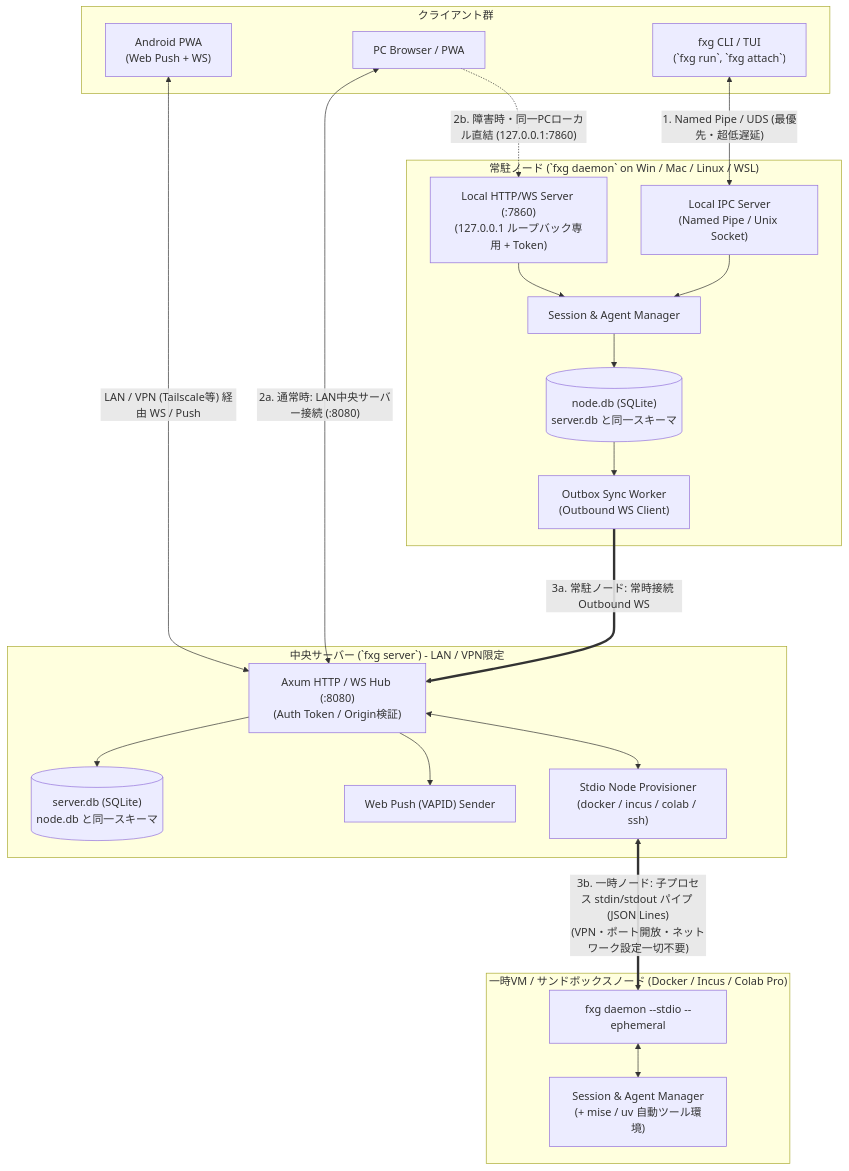
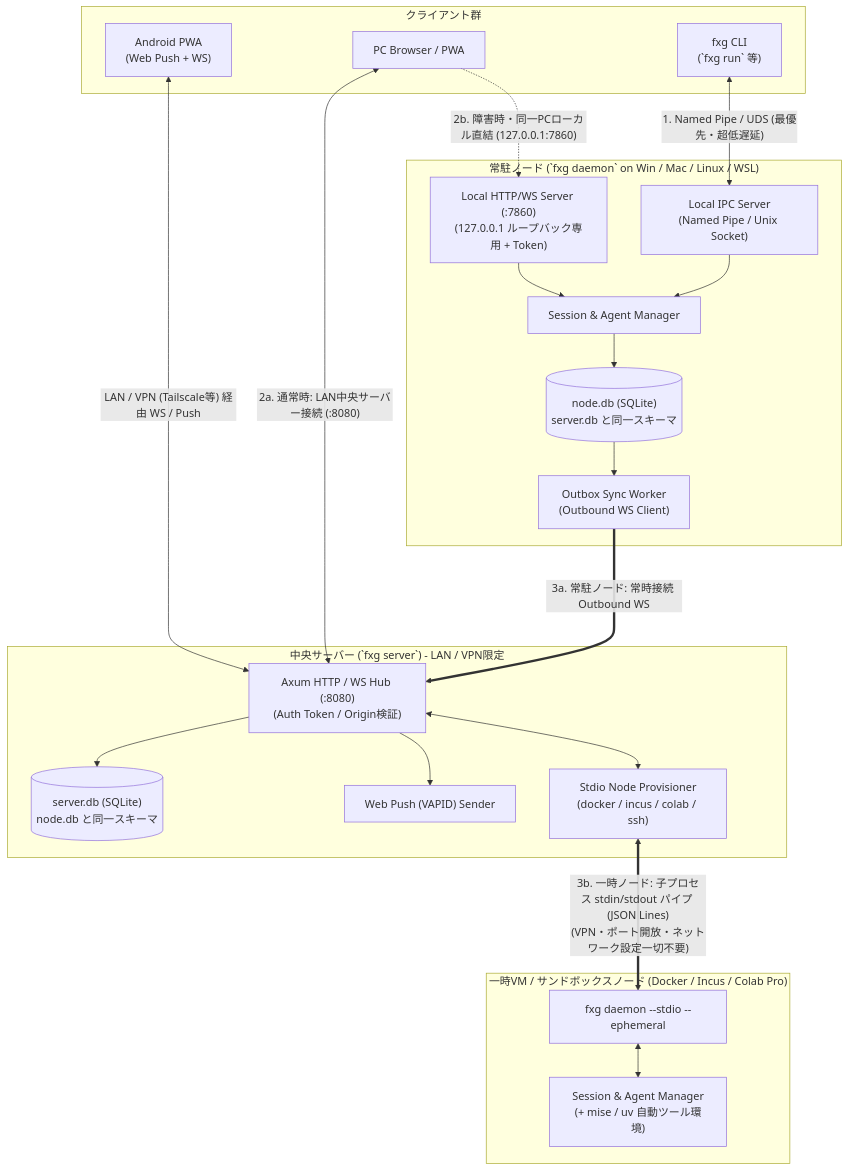
Before and after one commit to nazo6/flexagent: the first of 3 diagrams in docs/01-architecture-and-sync.md, drawn with Mermaid. The commit also changed other lines of this file and 5 other files, not shown here.

````diff
--- a/docs/01-architecture-and-sync.md
+++ b/docs/01-architecture-and-sync.md
@@ -10,44 +10,44 @@
 ```mermaid
 flowchart TB
     subgraph Clients["クライアント群"]
         AndroidPWA["Android PWA<br/>(Web Push + WS)"]
         Browser["PC Browser / PWA"]
-        CLI["fxg CLI / TUI<br/>(`fxg run`, `fxg attach`)"]
+        CLI["fxg CLI<br/>(`fxg run` 等)"]
     end
 
     subgraph Central["中央サーバー (`fxg server`) - LAN / VPN限定"]
         Hub["Axum HTTP / WS Hub (:8080)<br/>(Auth Token / Origin検証)"]
         Prov["Stdio Node Provisioner<br/>(docker / incus / colab / ssh)"]
         Push["Web Push (VAPID) Sender"]
         ServerDB[("server.db (SQLite)<br/>node.db と同一スキーマ")]
         Hub --> ServerDB
         Hub --> Push
         Hub <--> Prov
     end
 
     subgraph Node["常駐ノード (`fxg daemon` on Win / Mac / Linux / WSL)"]
         LocalAPI["Local HTTP/WS Server (:7860)<br/>(127.0.0.1 ループバック専用 + Token)"]
         LocalIPC["Local IPC Server<br/>(Named Pipe / Unix Socket)"]
         SyncWorker["Outbox Sync Worker<br/>(Outbound WS Client)"]
         SessionMgr["Session & Agent Manager"]
         NodeDB[("node.db (SQLite)<br/>server.db と同一スキーマ")]
 
         LocalIPC --> SessionMgr
         LocalAPI --> SessionMgr
         SessionMgr --> NodeDB
         NodeDB --> SyncWorker
     end
 
     subgraph EphemeralNode["一時VM / サンドボックスノード (Docker / Incus / Colab Pro)"]
         EphDaemon["fxg daemon --stdio --ephemeral"]
         EphAgent["Session & Agent Manager<br/>(+ mise / uv 自動ツール環境)"]
         EphDaemon <--> EphAgent
     end
 
     CLI <-->|"1. Named Pipe / UDS (最優先・超低遅延)"| LocalIPC
     Browser <-->|"2a. 通常時: LAN中央サーバー接続 (:8080)"| Hub
     Browser -.->|"2b. 障害時・同一PCローカル直結 (127.0.0.1:7860)"| LocalAPI
     AndroidPWA <-->|"LAN / VPN (Tailscale等) 経由 WS / Push"| Hub
     SyncWorker ===>|"3a. 常駐ノード: 常時接続 Outbound WS"| Hub
     Prov <==>|"3b. 一時ノード: 子プロセス stdin/stdout パイプ (JSON Lines)<br/>(VPN・ポート開放・ネットワーク設定一切不要)"| EphDaemon
 ```
````
